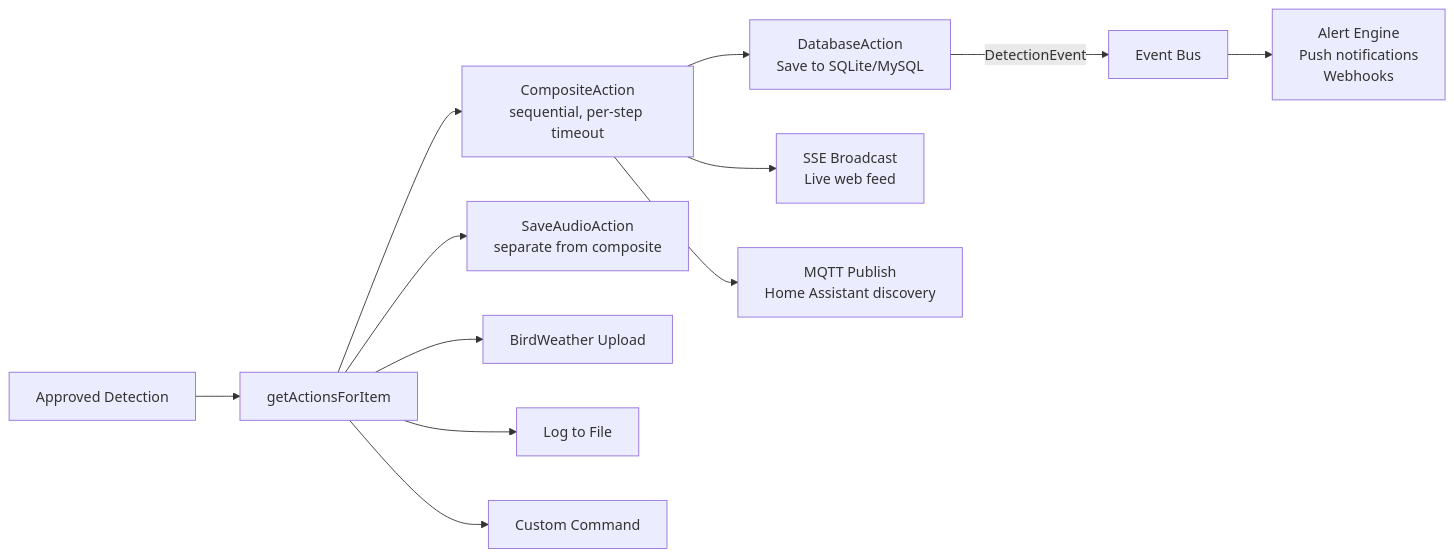
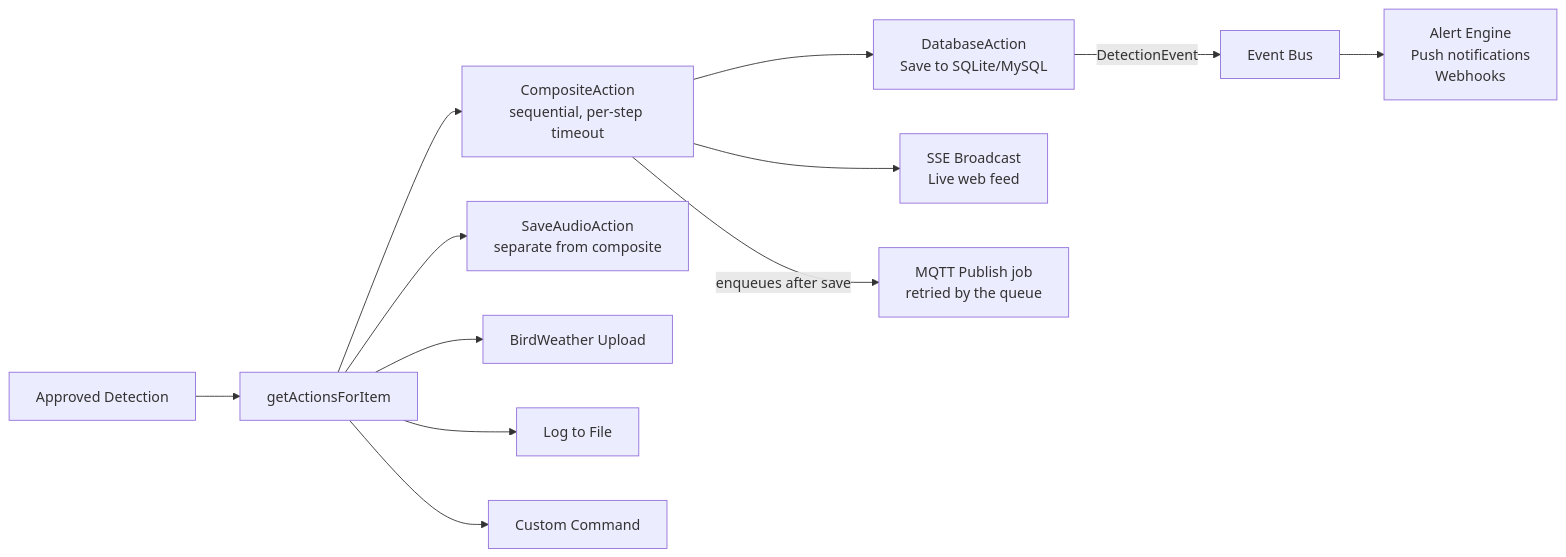
The fifth of 6 diagrams in doc/wiki/detection-pipeline.md (tphakala/birdnet-go), drawn with Mermaid before and after one commit. The commit also changed other lines of this file and 13 other files, not shown here.

First line of the commit message:
fix(mqtt): run MQTT publish as its own queued job so retry settings apply

````diff
--- a/doc/wiki/detection-pipeline.md
+++ b/doc/wiki/detection-pipeline.md
@@ -271,18 +271,18 @@
 ```mermaid
 flowchart LR
     AD[Approved Detection] --> GA[getActionsForItem]
 
     GA --> COMP[CompositeAction\nsequential, per-step timeout]
     GA --> SAA[SaveAudioAction\nseparate from composite]
 
     COMP --> DBA[DatabaseAction\nSave to SQLite/MySQL]
     COMP --> SSEA[SSE Broadcast\nLive web feed]
-    COMP --> MQTTA[MQTT Publish\nHome Assistant discovery]
+    COMP -->|enqueues after save| MQTTA[MQTT Publish job\nretried by the queue]
 
     DBA -->|DetectionEvent| EB[Event Bus]
     EB --> ALRT[Alert Engine\nPush notifications\nWebhooks]
 
     GA --> BWA[BirdWeather Upload]
     GA --> LOGA[Log to File]
     GA --> CMDA[Custom Command]
 ```
````
